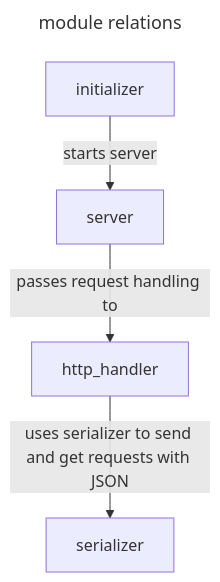
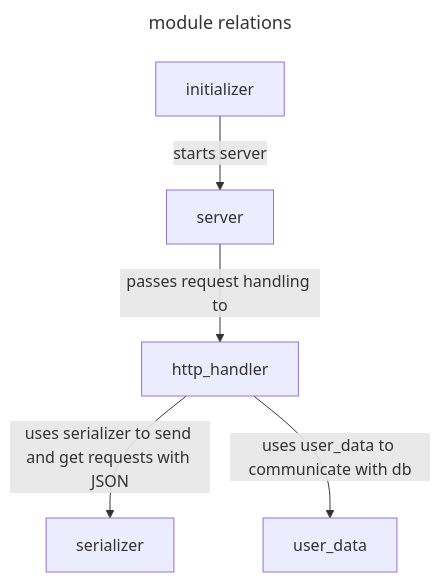
The diagram in docs/new_module_creation.md (LeeDoor/game_webserver), drawn with Mermaid before and after one commit.

````diff
--- a/docs/new_module_creation.md
+++ b/docs/new_module_creation.md
@@ -4,15 +4,17 @@
 ```mermaid
 ---
 title: module relations
 ---
 
 flowchart 
     initializer --"starts server"--> server
     server --"passes request handling to"--> http_handler
     http_handler --"uses serializer to send and get requests with JSON"--> serializer
+    http_handler --"uses user_data to communicate with db"--> user_data
 
-    click initializer "https://github.com/LeeDoor/hex_chess_backend/tree/main/src/initializer"
-    click server "https://github.com/LeeDoor/hex_chess_backend/tree/main/src/server"
-    click http_handler "https://github.com/LeeDoor/hex_chess_backend/tree/main/src/http_handler"
-    click serializer "https://github.com/LeeDoor/hex_chess_backend/tree/main/src/serializer"
+    click initializer "https://github.com/LeeDoor/hex_chess_backend/blob/main/docs/initializer.md"
+    click server "https://github.com/LeeDoor/hex_chess_backend/blob/main/docs/server.md"
+    click http_handler "https://github.com/LeeDoor/hex_chess_backend/blob/main/docs/http_handler.md"
+    click serializer "https://github.com/LeeDoor/hex_chess_backend/blob/main/docs/serializer.md"
+    click user_data "https://github.com/LeeDoor/hex_chess_backend/blob/main/docs/user_data.md"
 ```
````
